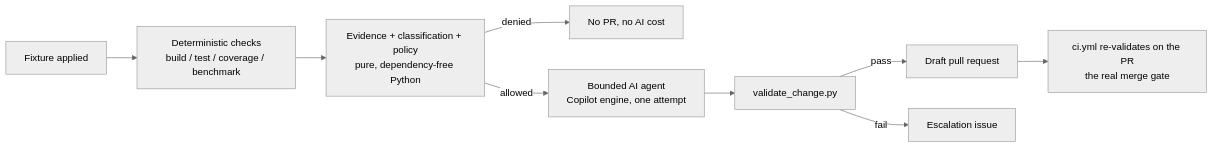
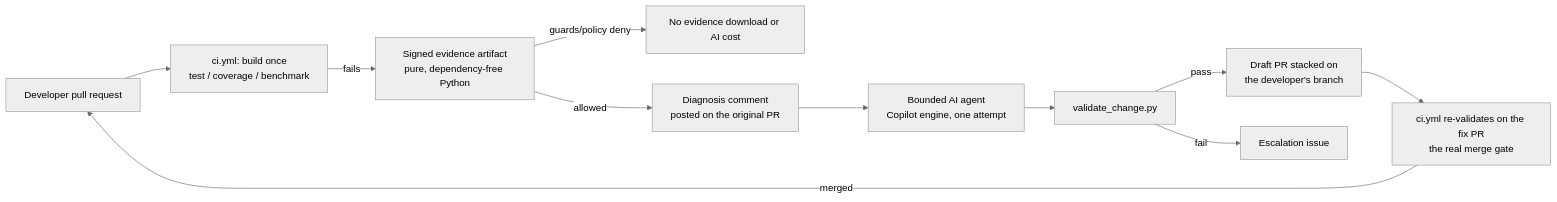
Before and after one commit to dvazqueb11/self-healing-cicd-demo: the diagram in README.md, drawn with Mermaid (neutral theme). The commit also changed other lines of this file and 26 other files, not shown here.

````diff
--- a/README.md
+++ b/README.md
@@ -15,11 +16,13 @@
 ```mermaid
 flowchart LR
-    F[Fixture applied] --> D[Deterministic checks<br/>build / test / coverage / benchmark]
-    D --> E[Evidence + classification + policy<br/>pure, dependency-free Python]
-    E -->|denied| N[No PR, no AI cost]
-    E -->|allowed| A[Bounded AI agent<br/>Copilot engine, one attempt]
+    P[Developer pull request] --> D[ci.yml: build once<br/>test / coverage / benchmark]
+    D -->|fails| E[Signed evidence artifact<br/>pure, dependency-free Python]
+    E -->|guards/policy deny| N[No evidence download or AI cost]
+    E -->|allowed| C[Diagnosis comment<br/>posted on the original PR]
+    C --> A[Bounded AI agent<br/>Copilot engine, one attempt]
     A --> V[validate_change.py]
-    V -->|pass| PR[Draft pull request]
+    V -->|pass| PR[Draft PR stacked on<br/>the developer's branch]
     V -->|fail| ISS[Escalation issue]
-    PR --> CI[ci.yml re-validates on the PR<br/>the real merge gate]
+    PR --> CI[ci.yml re-validates on the fix PR<br/>the real merge gate]
+    CI -->|merged| P
 ```
````
